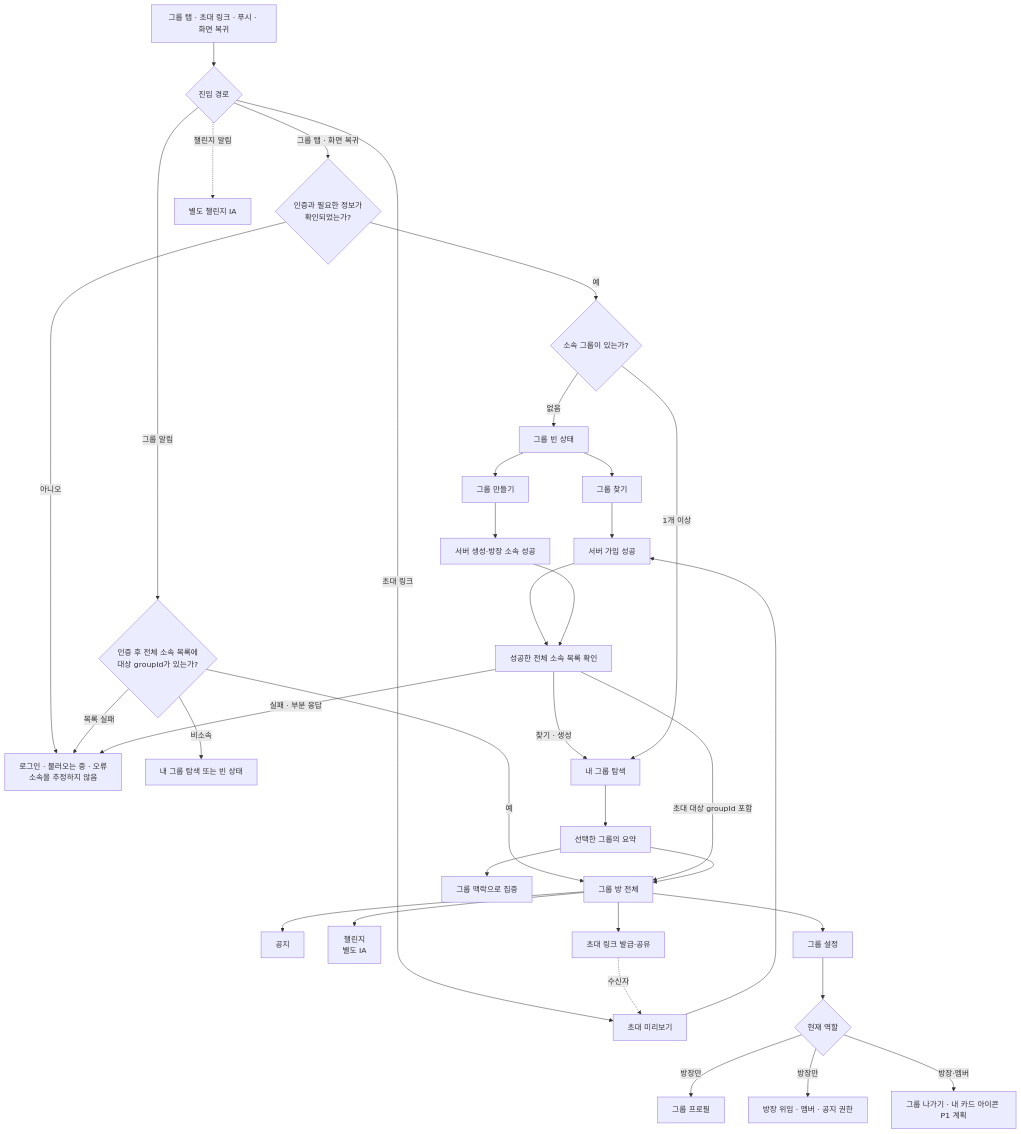
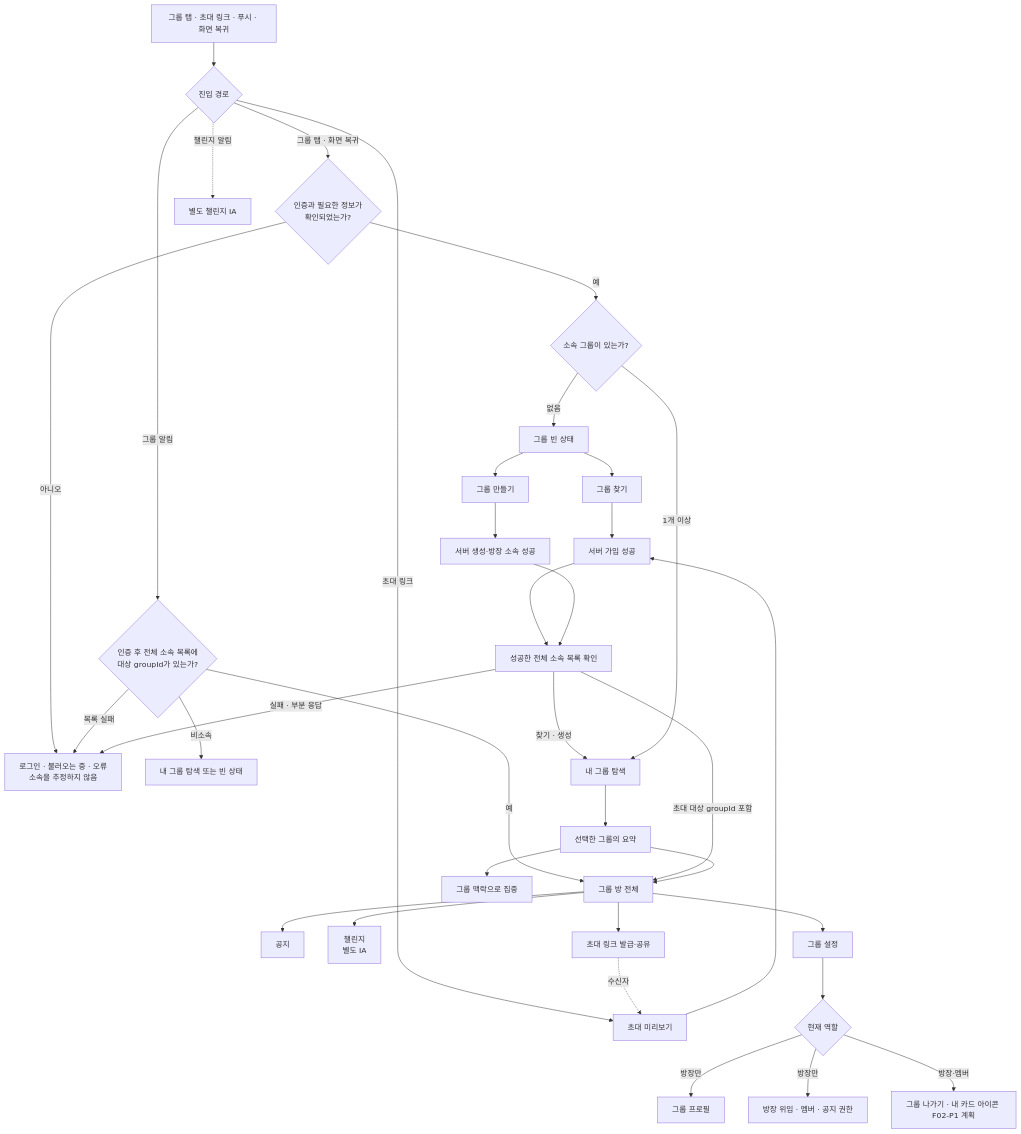
The second of 5 diagrams in docs/prd/group/information-architecture.md (OneOrThree/phone), drawn with Mermaid before and after one commit. The commit also changed other lines of this file and 21 other files, not shown here.

````diff
--- a/docs/prd/group/information-architecture.md
+++ b/docs/prd/group/information-architecture.md
@@ -46,41 +46,41 @@
 ```mermaid
 flowchart TD
     Entry["그룹 탭 · 초대 링크 · 푸시 · 화면 복귀"] --> Source{"진입 경로"}
     Source -->|그룹 탭 · 화면 복귀| Auth{"인증과 필요한 정보가<br/>확인되었는가?"}
     Auth -->|아니오| Safe["로그인 · 불러오는 중 · 오류<br/>소속을 추정하지 않음"]
     Auth -->|예| Count{"소속 그룹이 있는가?"}
 
     Count -->|없음| Empty["그룹 빈 상태"]
     Empty --> Find["그룹 찾기"]
     Empty --> Create["그룹 만들기"]
     Source -->|초대 링크| Invite["초대 미리보기"]
     Source -->|그룹 알림| Push{"인증 후 전체 소속 목록에<br/>대상 groupId가 있는가?"}
     Push -->|예| Room
     Push -->|비소속| GroupFallback["내 그룹 탐색 또는 빈 상태"]
     Push -->|목록 실패| Safe
     Source -.->|챌린지 알림| ChallengePolicy["별도 챌린지 IA"]
 
     Find --> Join["서버 가입 성공"]
     Invite --> Join
     Create --> Created["서버 생성·방장 소속 성공"]
     Join --> Refresh["성공한 전체 소속 목록 확인"]
     Created --> Refresh
     Refresh -->|"찾기 · 생성"| MyGroups
     Refresh -->|"초대 대상 groupId 포함"| Room
     Refresh -->|"실패 · 부분 응답"| Safe
 
     Count -->|1개 이상| MyGroups["내 그룹 탐색"]
     MyGroups --> Summary["선택한 그룹의 요약"]
     Summary --> Focus["그룹 맥락으로 집중"]
     Summary --> Room["그룹 방 전체"]
 
     Room --> Notice["공지"]
     Room --> Challenge["챌린지<br/>별도 IA"]
     Room --> Share["초대 링크 발급·공유"]
     Share -.->|수신자| Invite
     Room --> Settings["그룹 설정"]
     Settings --> Role{"현재 역할"}
     Role -->|방장만| Profile["그룹 프로필"]
     Role -->|방장만| Members["방장 위임 · 멤버 · 공지 권한"]
-    Role -->|방장·멤버| Personal["그룹 나가기 · 내 카드 아이콘 P1 계획"]
+    Role -->|방장·멤버| Personal["그룹 나가기 · 내 카드 아이콘 F02-P1 계획"]
 ```
````
